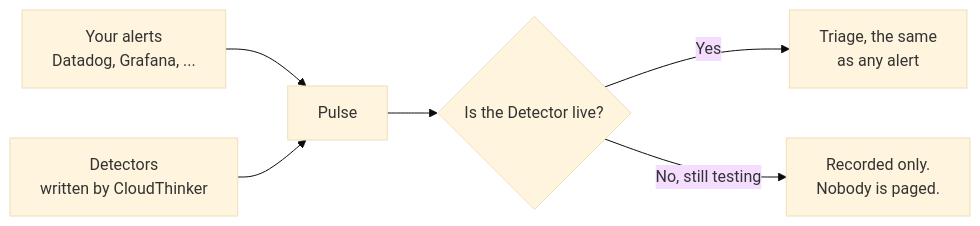
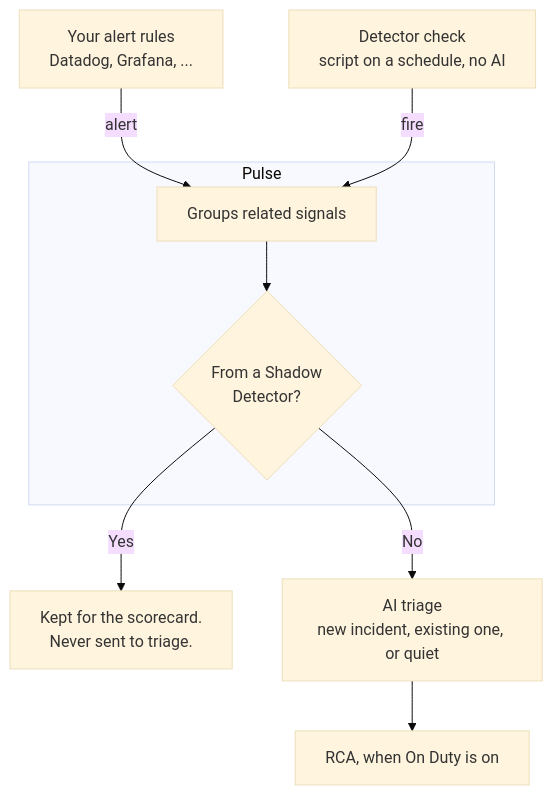
One commit to nhat-tranvan/docs changed the first of 3 diagrams in guide/incident/detectors.mdx. Above: the diagram before and after it, drawn with Mermaid (base theme). The commit also changed other lines of this file, not shown here.

Commit message:
docs(resolve): fix Detectors overview diagram so only Detector fires check Shadow

````diff
--- a/guide/incident/detectors.mdx
+++ b/guide/incident/detectors.mdx
@@ -18,8 +18,11 @@
 ```mermaid
-flowchart LR
-    A[Your alerts<br/>Datadog, Grafana, ...] --> P[Pulse]
-    D[Detectors<br/>written by CloudThinker] --> P
-    P --> T{Is the Detector live?}
-    T -- Yes --> R[Triage, the same<br/>as any alert]
-    T -- No, still testing --> S[Recorded only.<br/>Nobody is paged.]
+flowchart TB
+    A["Your alert rules<br/>Datadog, Grafana, ..."] -- alert --> G
+    D["Detector check<br/>script on a schedule, no AI"] -- fire --> G
+    subgraph Pulse
+        G["Groups related signals"] --> Q{"From a Shadow<br/>Detector?"}
+    end
+    Q -- Yes --> S["Kept for the scorecard.<br/>Never sent to triage."]
+    Q -- No --> T["AI triage<br/>new incident, existing one, or quiet"]
+    T --> R["RCA, when On Duty is on"]
 ```
````
